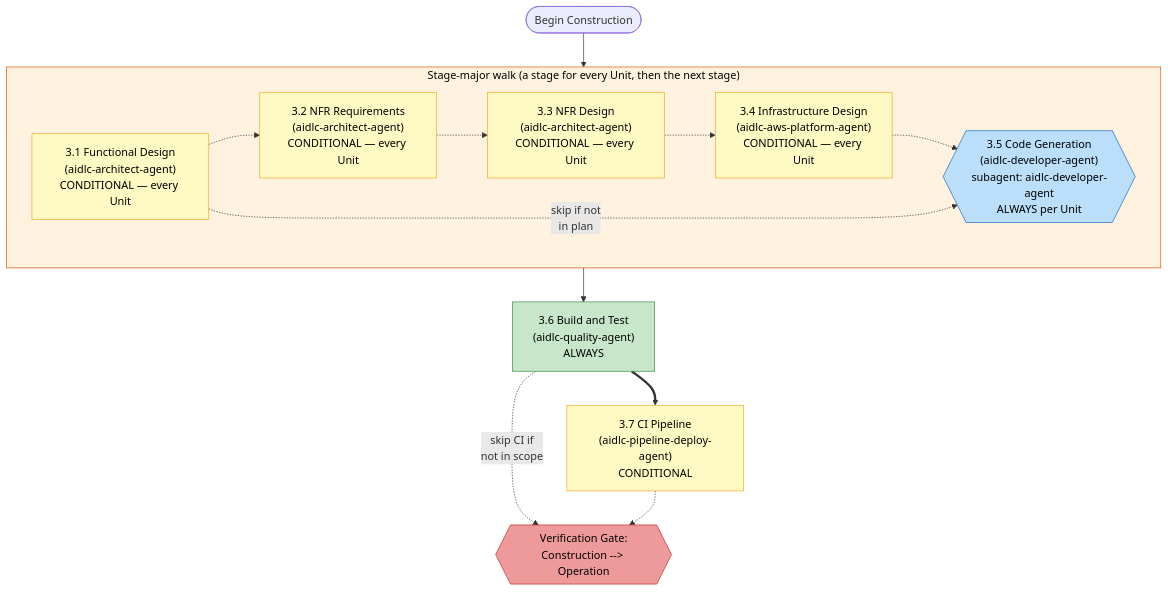
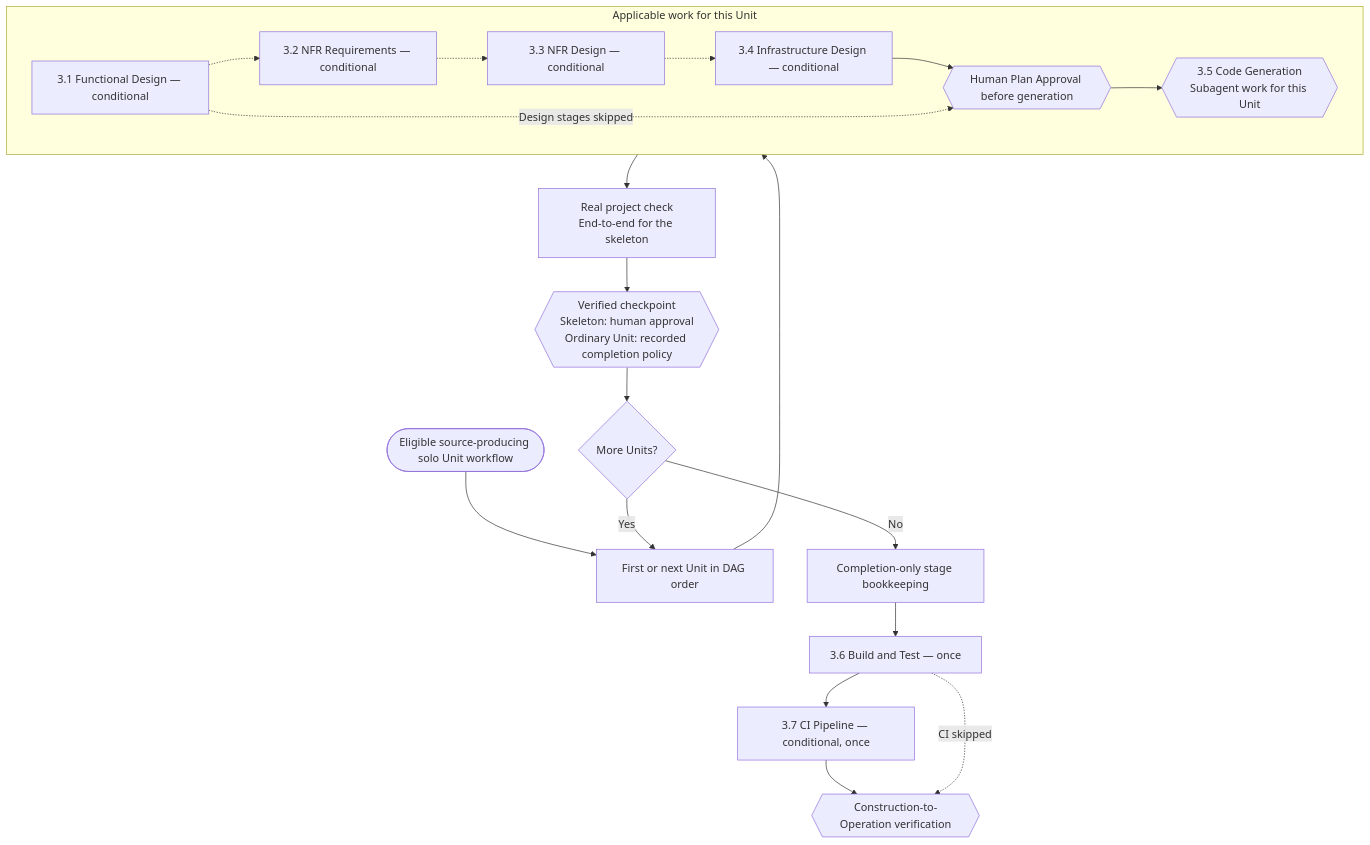
One commit to otomatty/aidlc-guide changed the fourth of 12 diagrams in docs/reference/en/diagrams.md. Above: the diagram before and after it, drawn with Mermaid. The commit also changed other lines of this file and 433 other files, not shown here.

````diff
--- a/docs/reference/en/diagrams.md
+++ b/docs/reference/en/diagrams.md
@@ -170,39 +183,30 @@
 ```mermaid
 flowchart TD
-    START(["Begin Construction"])
-
-    subgraph PER_STAGE["Stage-major walk (a stage for every Unit, then the next stage)"]
-        S31["3.1 Functional Design\n(aidlc-architect-agent)\nCONDITIONAL — every Unit"]
-        S32["3.2 NFR Requirements\n(aidlc-architect-agent)\nCONDITIONAL — every Unit"]
-        S33["3.3 NFR Design\n(aidlc-architect-agent)\nCONDITIONAL — every Unit"]
-        S34["3.4 Infrastructure Design\n(aidlc-aws-platform-agent)\nCONDITIONAL — every Unit"]
-        S35{{"3.5 Code Generation\n(aidlc-developer-agent)\nsubagent: aidlc-developer-agent\nALWAYS per Unit"}}
-
+    START(["Eligible source-producing solo Unit workflow"])
+    NEXT["First or next Unit in DAG order"]
+    subgraph PER_UNIT["Applicable work for this Unit"]
+        S31["3.1 Functional Design — conditional"]
+        S32["3.2 NFR Requirements — conditional"]
+        S33["3.3 NFR Design — conditional"]
+        S34["3.4 Infrastructure Design — conditional"]
+        PLAN{{"Human Plan Approval before generation"}}
+        S35{{"3.5 Code Generation<br/>Subagent work for this Unit"}}
         S31 -.-> S32
         S32 -.-> S33
         S33 -.-> S34
-        S34 -.-> S35
-        S31 -.->|"skip if not\nin plan"| S35
+        S34 --> PLAN --> S35
+        S31 -.->|Design stages skipped| PLAN
     end
-
-    START --> PER_STAGE
-    PER_STAGE --> S36
-
-    S36["3.6 Build and Test\n(aidlc-quality-agent)\nALWAYS"]
-    S37["3.7 CI Pipeline\n(aidlc-pipeline-deploy-agent)\nCONDITIONAL"]
-    VG3{{"Verification Gate:\nConstruction --> Operation"}}
-
-    S36 ==> S37
-    S36 -.->|"skip CI if\nnot in scope"| VG3
-    S37 -.-> VG3
-
-    style PER_STAGE fill:#fff3e0,stroke:#e65100,color:#000
-    style S35 fill:#bbdefb,stroke:#1565c0,color:#000
-    style S31 fill:#fff9c4,stroke:#f9a825,color:#000
-    style S32 fill:#fff9c4,stroke:#f9a825,color:#000
-    style S33 fill:#fff9c4,stroke:#f9a825,color:#000
-    style S34 fill:#fff9c4,stroke:#f9a825,color:#000
-    style S36 fill:#c8e6c9,stroke:#388e3c,color:#000
-    style S37 fill:#fff9c4,stroke:#f9a825,color:#000
-    style VG3 fill:#ef9a9a,stroke:#c62828,color:#000
+    VERIFY["Real project check<br/>End-to-end for the skeleton"]
+    CHECKPOINT{{"Verified checkpoint<br/>Skeleton: human approval<br/>Ordinary Unit: recorded completion policy"}}
+    MORE{"More Units?"}
+    BOOK["Completion-only stage bookkeeping"]
+    S36["3.6 Build and Test — once"]
+    S37["3.7 CI Pipeline — conditional, once"]
+    VG3{{"Construction-to-Operation verification"}}
+    START --> NEXT --> PER_UNIT --> VERIFY --> CHECKPOINT --> MORE
+    MORE -->|Yes| NEXT
+    MORE -->|No| BOOK --> S36
+    S36 --> S37 --> VG3
+    S36 -.->|CI skipped| VG3
 ```
````
